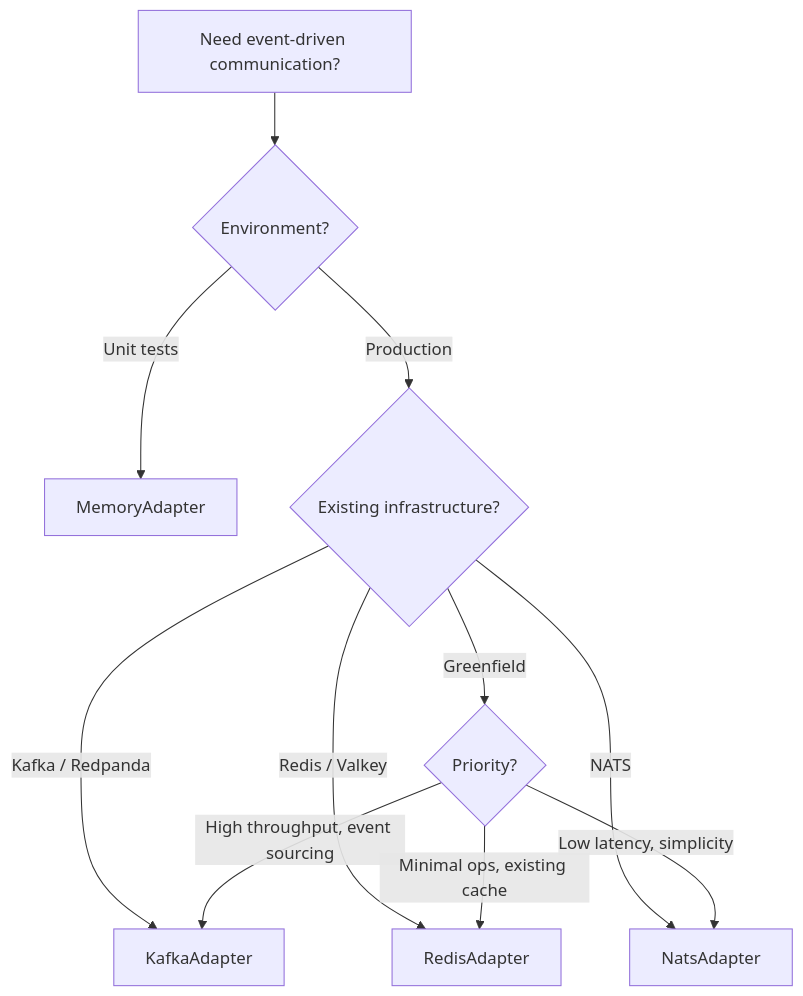
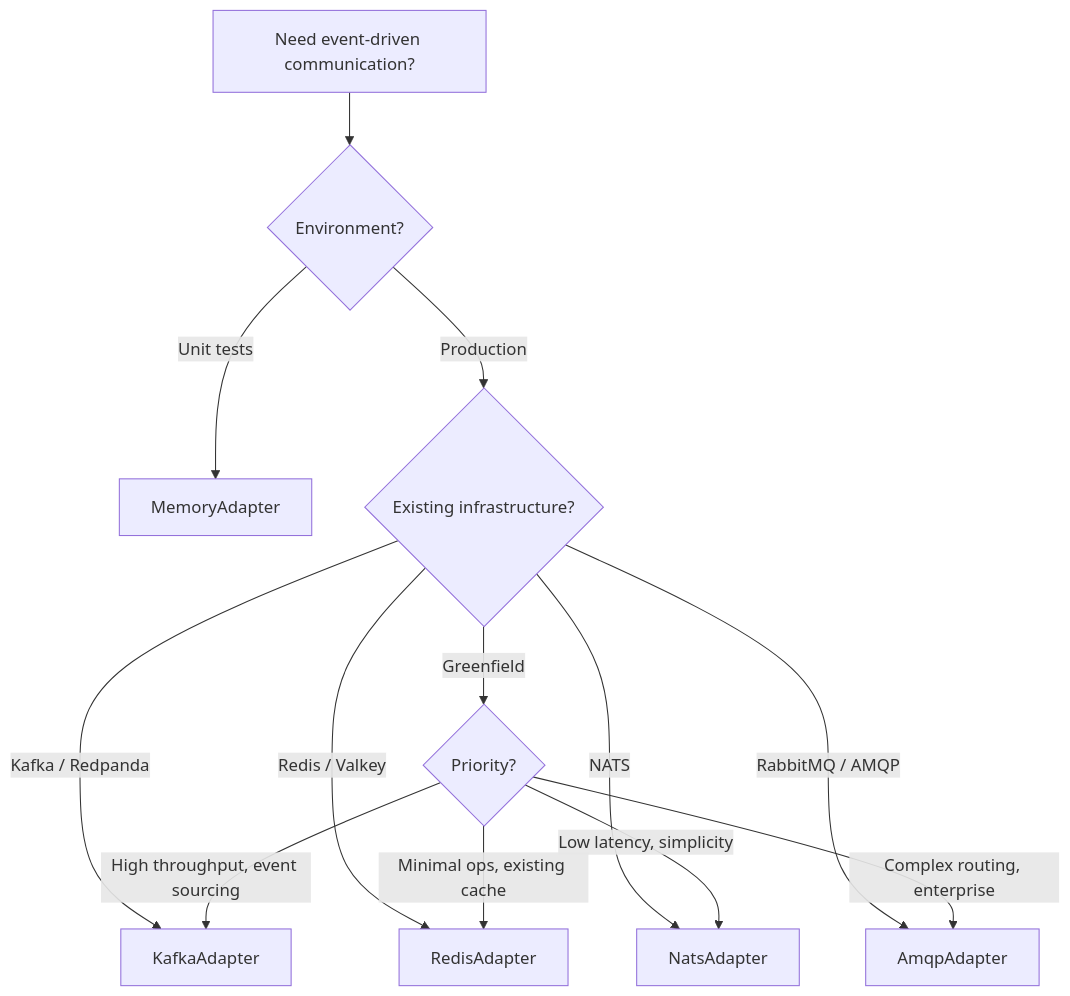
One commit to Connectum-Framework/docs changed the diagram in en/guide/events/adapters.md. Above: the diagram before and after it, drawn with Mermaid. The commit also changed other lines of this file and 12 other files, not shown here.

````diff
--- a/en/guide/events/adapters.md
+++ b/en/guide/events/adapters.md
@@ -199,13 +254,15 @@
 ```mermaid
 flowchart TD
     A["Need event-driven communication?"] --> B{"Environment?"}
     B -->|"Unit tests"| M["MemoryAdapter"]
     B -->|"Production"| C{"Existing infrastructure?"}
     C -->|"Kafka / Redpanda"| K["KafkaAdapter"]
     C -->|"Redis / Valkey"| R["RedisAdapter"]
     C -->|"NATS"| N["NatsAdapter"]
+    C -->|"RabbitMQ / AMQP"| AQ["AmqpAdapter"]
     C -->|"Greenfield"| D{"Priority?"}
     D -->|"Low latency, simplicity"| N
     D -->|"High throughput, event sourcing"| K
     D -->|"Minimal ops, existing cache"| R
+    D -->|"Complex routing, enterprise"| AQ
 ```
````
